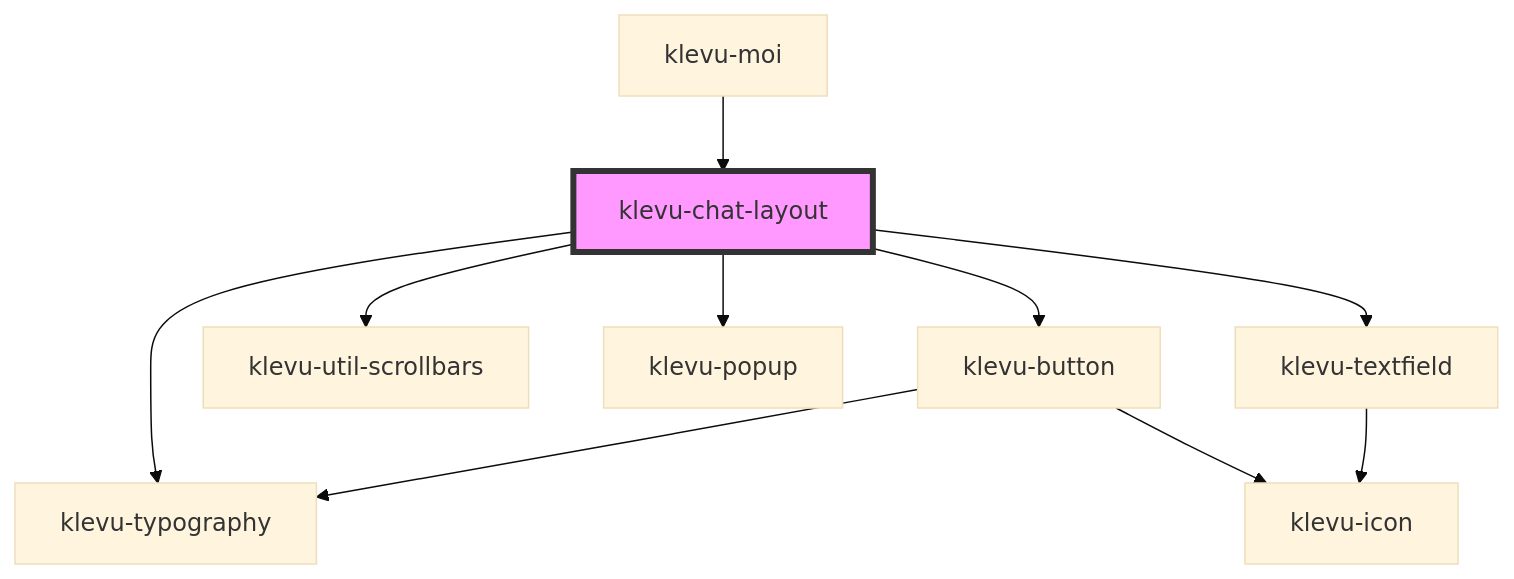
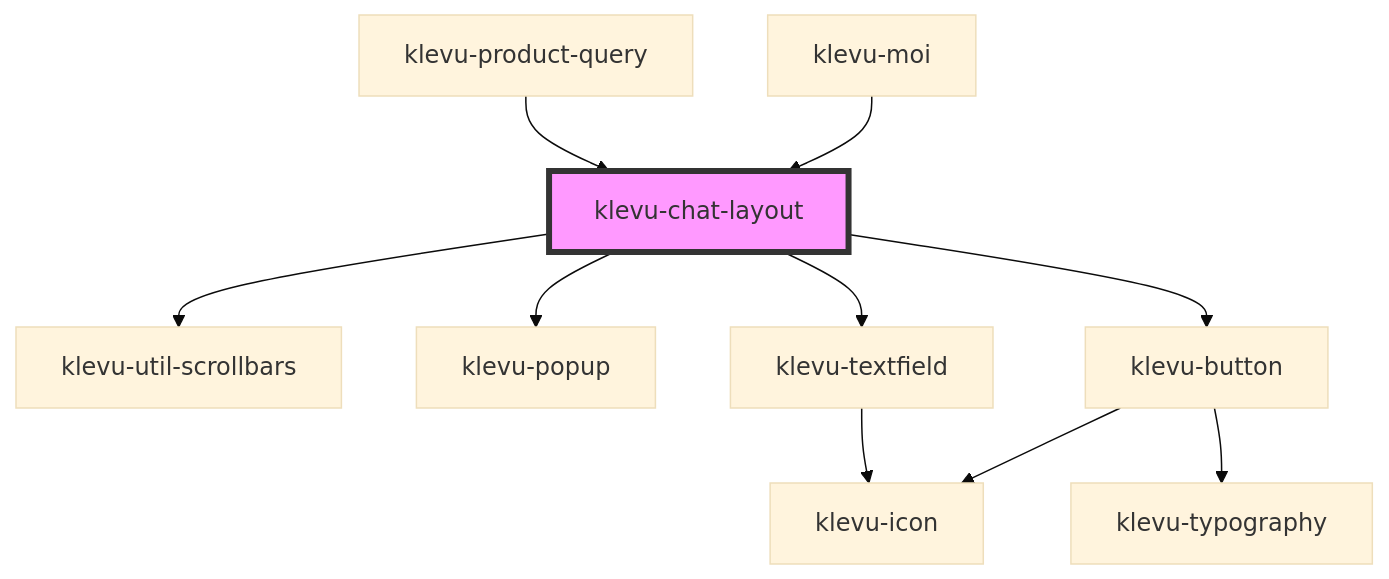
The diagram in packages/klevu-ui/src/components/klevu-chat-layout/readme.md (klevultd/frontend-sdk), drawn with Mermaid (base theme) before and after one commit. The commit also changed other lines of this file and 16 other files, not shown here.

````diff
--- a/packages/klevu-ui/src/components/klevu-chat-layout/readme.md
+++ b/packages/klevu-ui/src/components/klevu-chat-layout/readme.md
@@ -66,13 +86,13 @@
 ```mermaid
 graph TD;
-  klevu-chat-layout --> klevu-typography
-  klevu-chat-layout --> klevu-button
   klevu-chat-layout --> klevu-util-scrollbars
   klevu-chat-layout --> klevu-popup
+  klevu-chat-layout --> klevu-button
   klevu-chat-layout --> klevu-textfield
   klevu-button --> klevu-icon
   klevu-button --> klevu-typography
   klevu-textfield --> klevu-icon
   klevu-moi --> klevu-chat-layout
+  klevu-product-query --> klevu-chat-layout
   style klevu-chat-layout fill:#f9f,stroke:#333,stroke-width:4px
 ```
````
